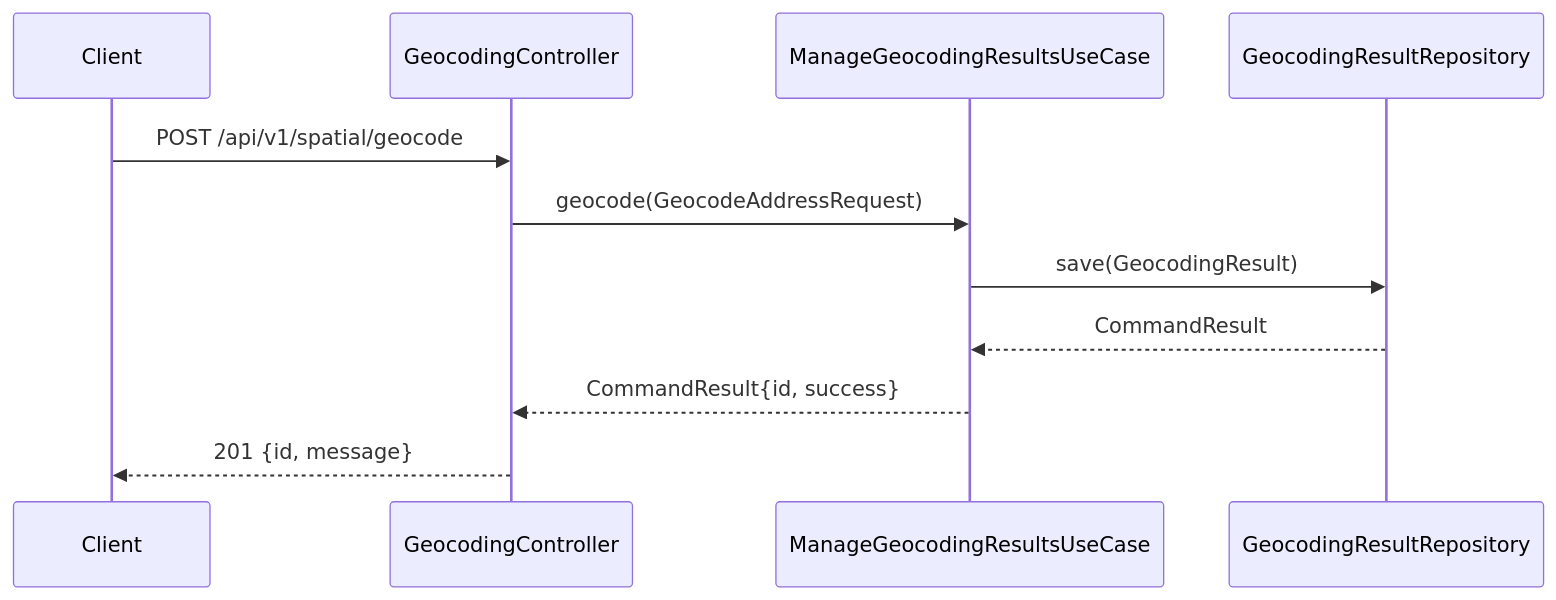
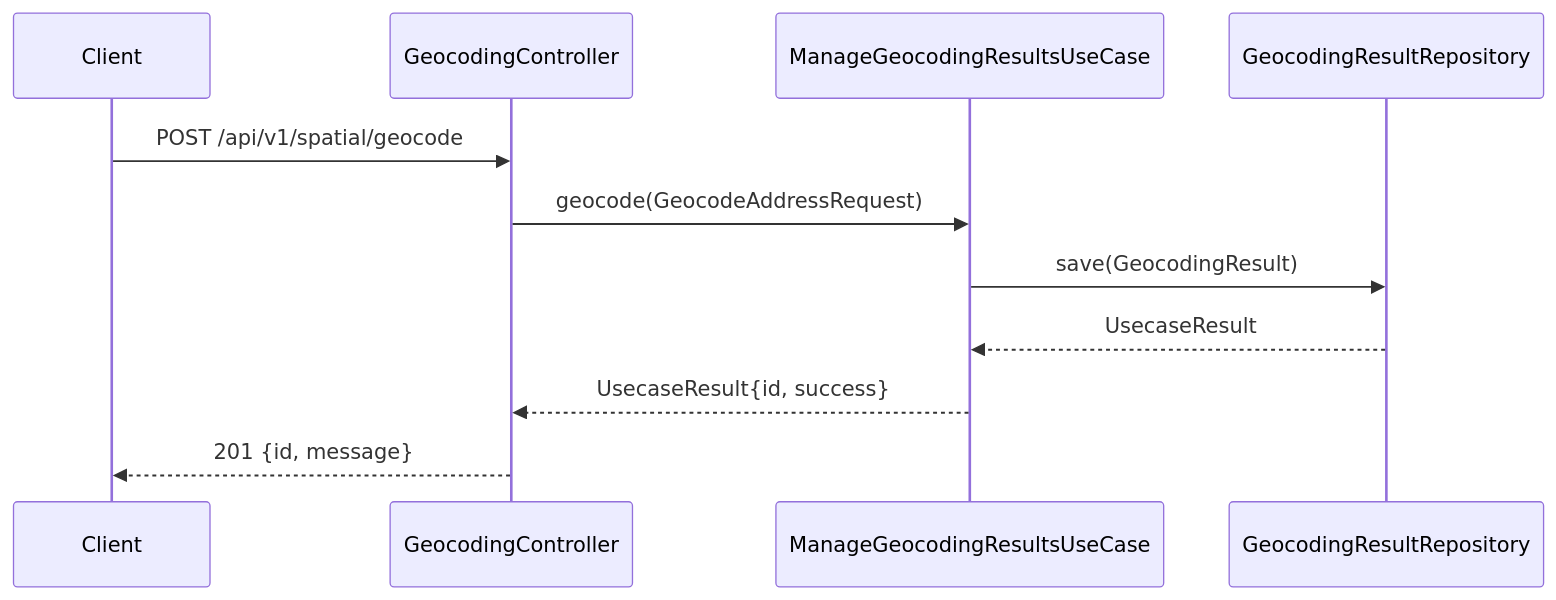
Before and after one commit to UIMSolutions/uim-platform: the third of 5 diagrams in hana-spatial/UML.md, drawn with Mermaid. The commit also changed 907 other files, not shown here.

Commit message:
Rename CommandResult

````diff
--- a/hana-spatial/UML.md
+++ b/hana-spatial/UML.md
@@ -210,14 +210,14 @@
 ```mermaid
 sequenceDiagram
     participant Client
     participant GeocodingController
     participant ManageGeocodingResultsUseCase
     participant GeocodingResultRepository
 
     Client->>GeocodingController: POST /api/v1/spatial/geocode
     GeocodingController->>ManageGeocodingResultsUseCase: geocode(GeocodeAddressRequest)
     ManageGeocodingResultsUseCase->>GeocodingResultRepository: save(GeocodingResult)
-    GeocodingResultRepository-->>ManageGeocodingResultsUseCase: CommandResult
-    ManageGeocodingResultsUseCase-->>GeocodingController: CommandResult{id, success}
+    GeocodingResultRepository-->>ManageGeocodingResultsUseCase: UsecaseResult
+    ManageGeocodingResultsUseCase-->>GeocodingController: UsecaseResult{id, success}
     GeocodingController-->>Client: 201 {id, message}
 ```
````
